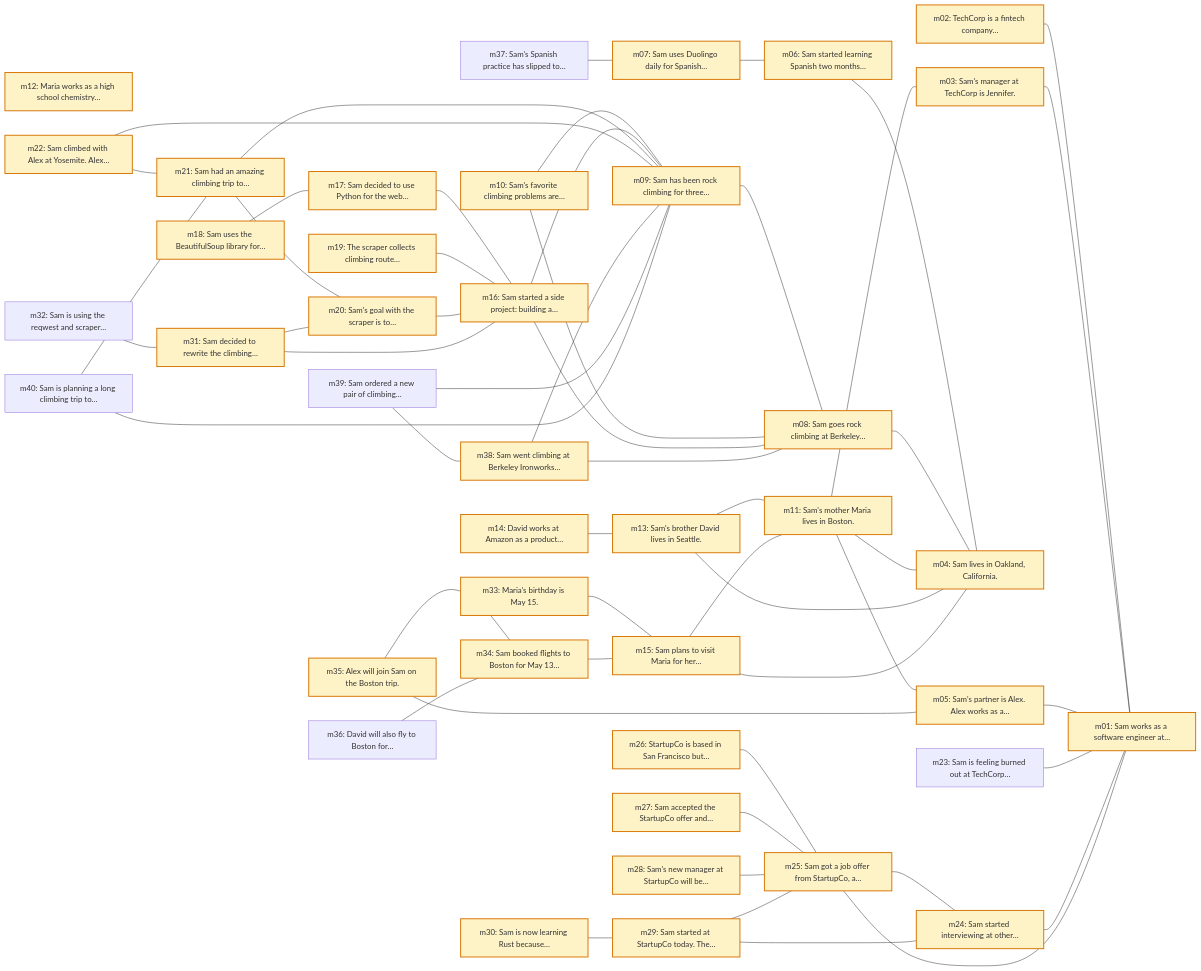
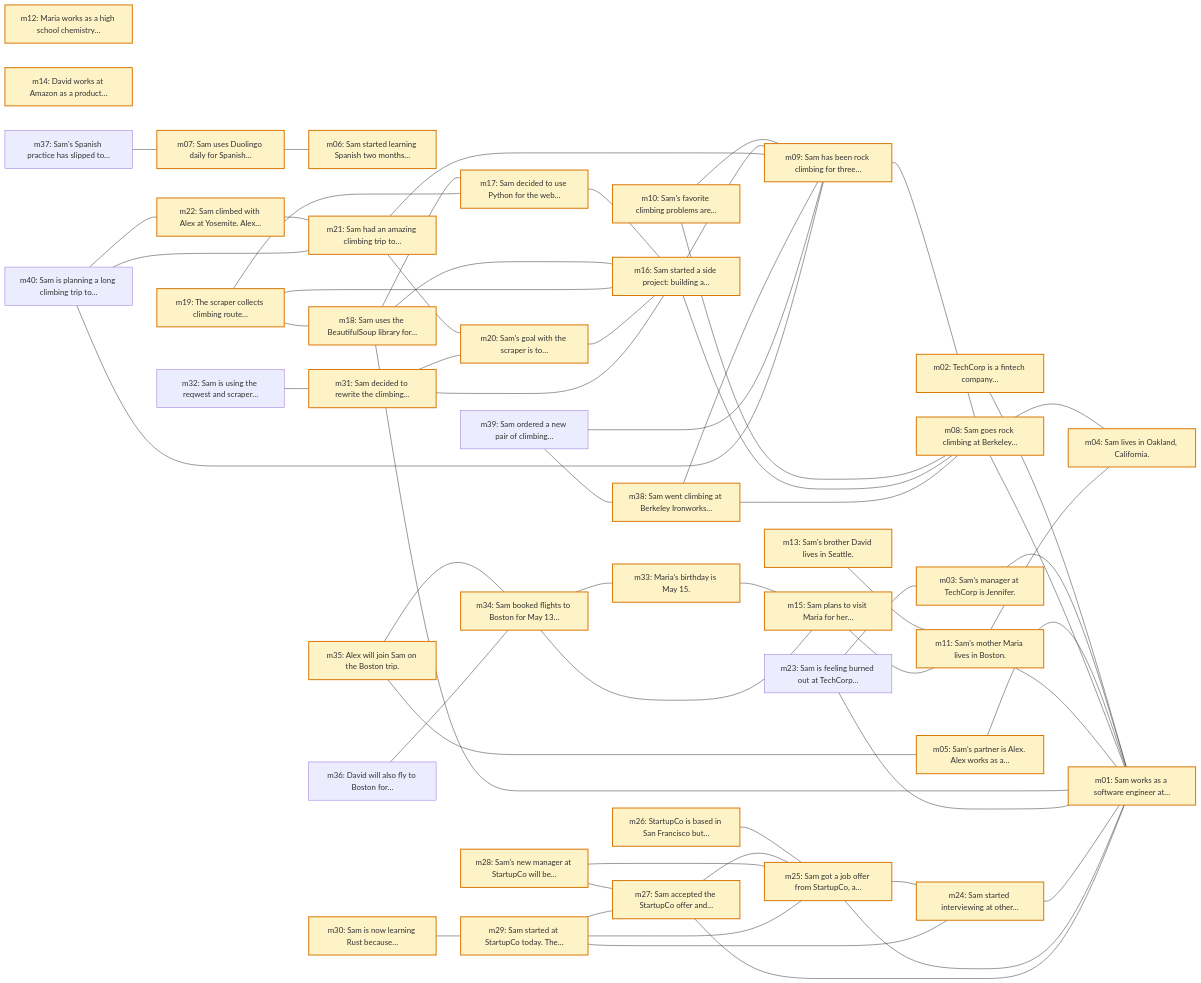
One commit to pandazxx/a-mem-reproduction changed the diagram in results/comparison/amem/memory_graph.md. Above: the diagram before and after it, drawn with Mermaid. The commit also changed 64 other files, not shown here.

```diff
--- a/results/comparison/amem/memory_graph.md
+++ b/results/comparison/amem/memory_graph.md
@@ -48,45 +48,49 @@
     m02 --- m01
     m03 --- m01
     m05 --- m01
-    m06 --- m04
     m07 --- m06
     m08 --- m04
+    m08 --- m01
     m09 --- m08
     m10 --- m09
     m10 --- m08
     m11 --- m04
-    m11 --- m03
-    m11 --- m05
-    m13 --- m04
+    m11 --- m01
     m13 --- m11
-    m14 --- m13
     m15 --- m11
-    m15 --- m04
     m16 --- m09
     m16 --- m08
     m17 --- m16
     m18 --- m17
+    m18 --- m16
+    m18 --- m01
     m19 --- m16
+    m19 --- m17
+    m19 --- m18
     m20 --- m16
     m21 --- m09
     m21 --- m20
     m22 --- m21
-    m22 --- m09
     m23 --- m01
+    m23 --- m03
     m24 --- m01
     m25 --- m24
     m25 --- m01
     m26 --- m25
     m27 --- m25
+    m27 --- m01
+    m28 --- m27
     m28 --- m25
     m29 --- m25
     m29 --- m24
+    m29 --- m27
     m30 --- m29
     m31 --- m20
     m31 --- m16
     m32 --- m31
     m33 --- m15
     m34 --- m15
+    m34 --- m33
     m35 --- m05
     m35 --- m34
     m36 --- m34
@@ -96,6 +100,7 @@
     m39 --- m09
     m39 --- m38
     m40 --- m21
+    m40 --- m22
     m40 --- m09
     classDef evolved fill:#fef3c7,stroke:#d97706,stroke-width:2px
     class m01,m02,m03,m04,m05,m06,m07,m08,m09,m10,m11,m12,m13,m14,m15,m16,m17,m18,m19,m20,m21,m22,m24,m25,m26,m27,m28,m29,m30,m31,m33,m34,m35,m38 evolved
```
